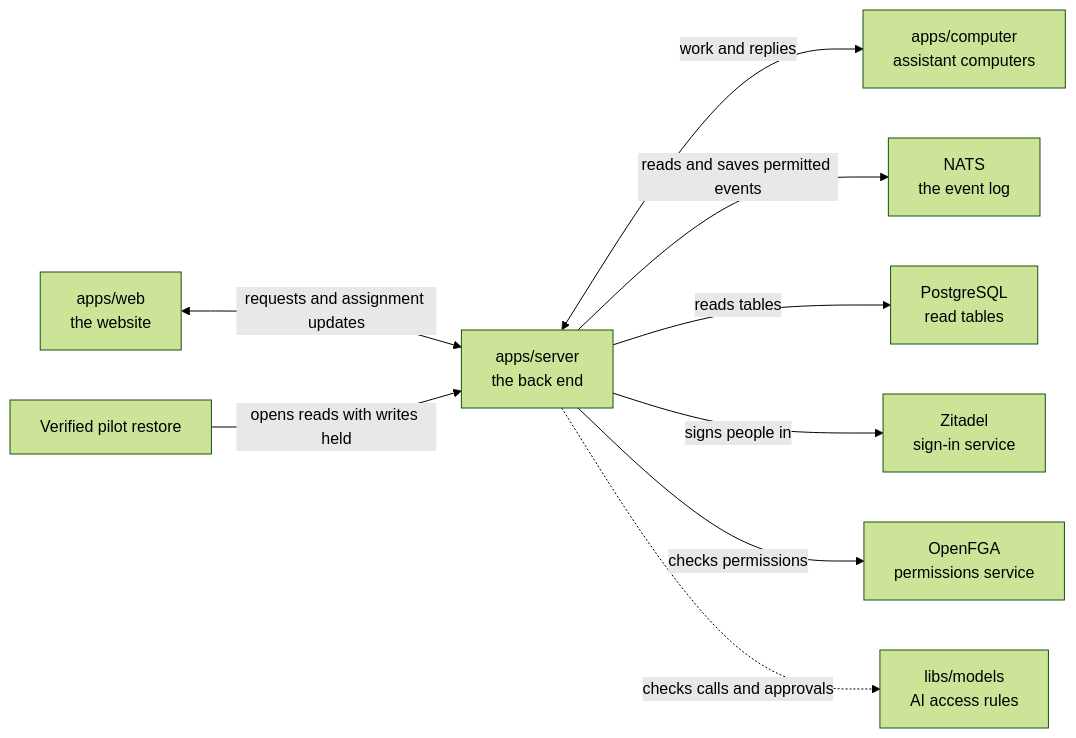
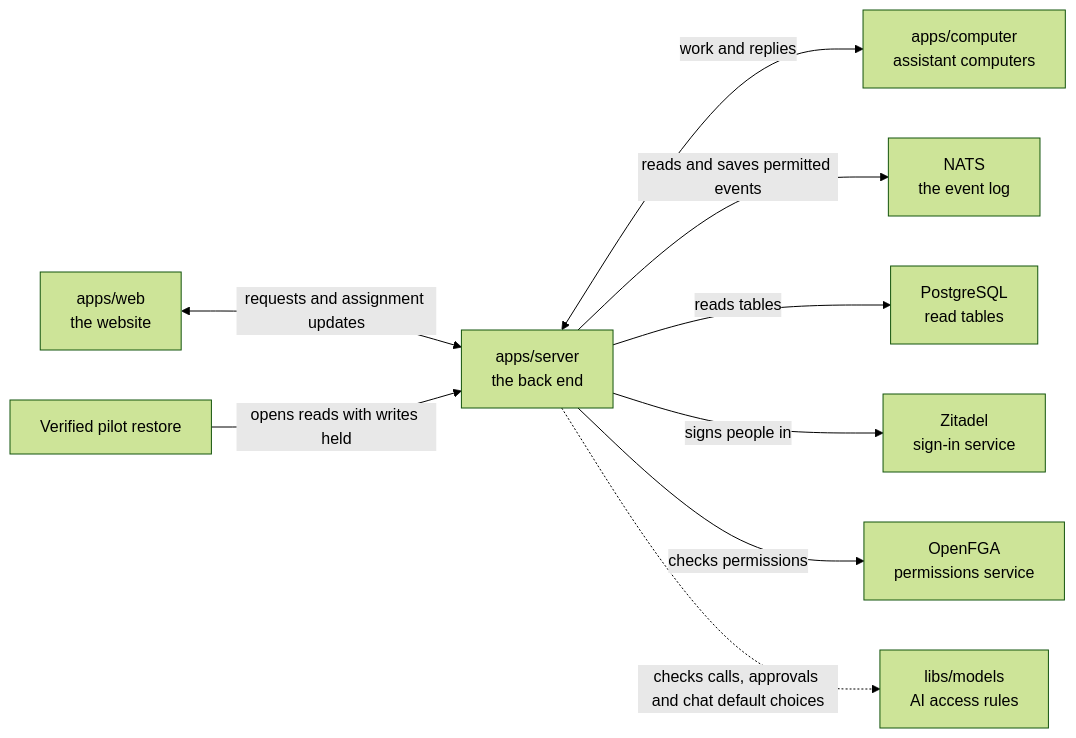
The diagram in apps/server/README.md (elewa-git/opencrane-new), drawn with Mermaid (forest theme) before and after one commit. The commit also changed other lines of this file and 18 other files, not shown here.

Commit message:
🐛 Let admins set the chat default on any ready connection

````diff
--- a/apps/server/README.md
+++ b/apps/server/README.md
@@ -19,11 +19,11 @@
 ```mermaid
 flowchart LR
   web["apps/web<br/>the website"] <-->|requests and assignment updates| server["apps/server<br/>the back end"]
   server <-->|work and replies| computer["apps/computer<br/>assistant computers"]
   server -->|reads and saves permitted events| nats["NATS<br/>the event log"]
   server -->|reads tables| postgres["PostgreSQL<br/>read tables"]
   server -->|signs people in| zitadel["Zitadel<br/>sign-in service"]
   server -->|checks permissions| openfga["OpenFGA<br/>permissions service"]
   restore["Verified pilot restore"] -->|opens reads with writes held| server
-  server -.->|checks calls and approvals| models["libs/models<br/>AI access rules"]
+  server -.->|checks calls, approvals and chat default choices| models["libs/models<br/>AI access rules"]
 ```
````
